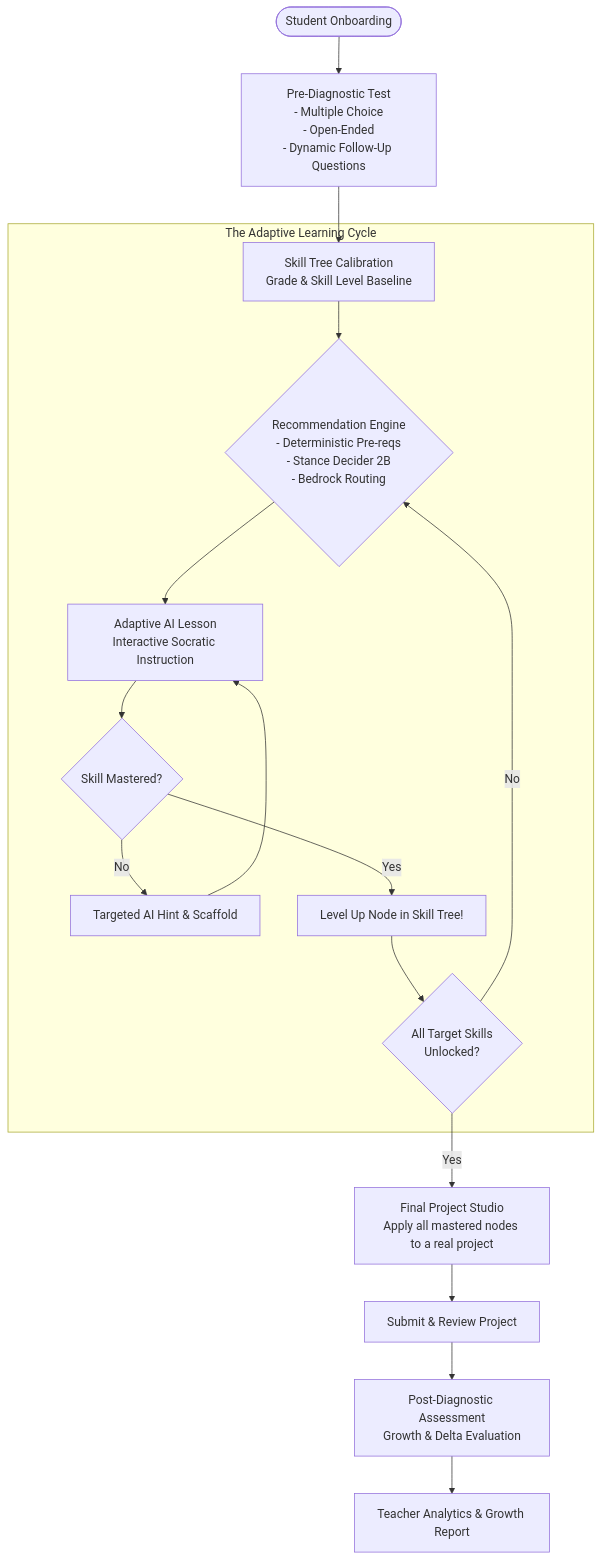
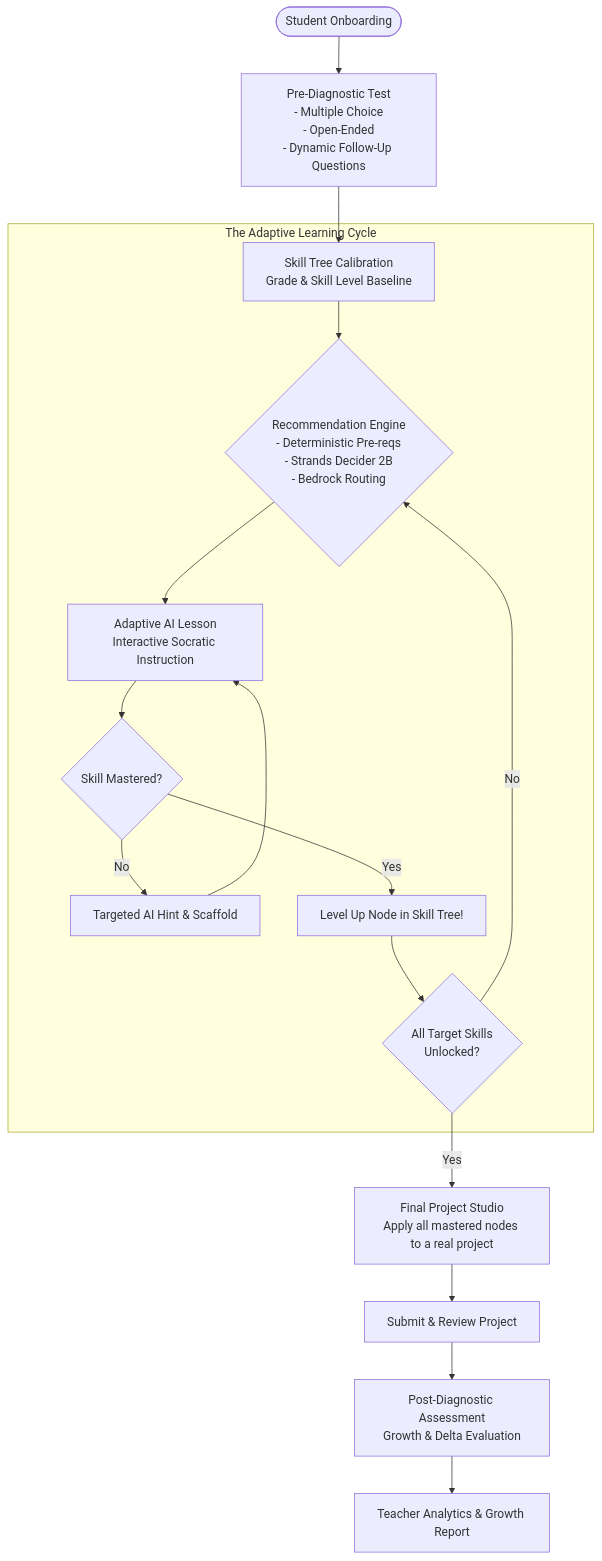
Before and after one commit to NotABot122/CodeAITeam8: the diagram in documentation/PROJECT_SPEC.md, drawn with Mermaid. The commit also changed other lines of this file and 2 other files, not shown here.

Commit message:
changed Stance Decider to Strands Decider

````diff
--- a/documentation/PROJECT_SPEC.md
+++ b/documentation/PROJECT_SPEC.md
@@ -46,21 +46,21 @@
 ```mermaid
 flowchart TD
     Start([Student Onboarding]) --> PreDiag[Pre-Diagnostic Test\n- Multiple Choice\n- Open-Ended\n- Dynamic Follow-Up Questions]
     PreDiag --> SkillTreeInit[Skill Tree Calibration\nGrade & Skill Level Baseline]
     
     subgraph LearningLoop["The Adaptive Learning Cycle"]
-        SkillTreeInit --> RecEngine{Recommendation Engine\n- Deterministic Pre-reqs\n- Stance Decider 2B\n- Bedrock Routing}
+        SkillTreeInit --> RecEngine{Recommendation Engine\n- Deterministic Pre-reqs\n- Strands Decider 2B\n- Bedrock Routing}
         RecEngine --> LessonNode[Adaptive AI Lesson\nInteractive Socratic Instruction]
         LessonNode --> SkillMasteryCheck{Skill Mastered?}
         SkillMasteryCheck -- No --> Remediation[Targeted AI Hint & Scaffold]
         Remediation --> LessonNode
         SkillMasteryCheck -- Yes --> NodeLevelUp[Level Up Node in Skill Tree!]
         NodeLevelUp --> MoreNodes{All Target Skills\nUnlocked?}
         MoreNodes -- No --> RecEngine
     end
 
     MoreNodes -- Yes --> FinalProject[Final Project Studio\nApply all mastered nodes to a real project]
     FinalProject --> ProjectSubmission[Submit & Review Project]
     ProjectSubmission --> PostDiag[Post-Diagnostic Assessment\nGrowth & Delta Evaluation]
     PostDiag --> TeacherDashboard[Teacher Analytics & Growth Report]
 ```
````
